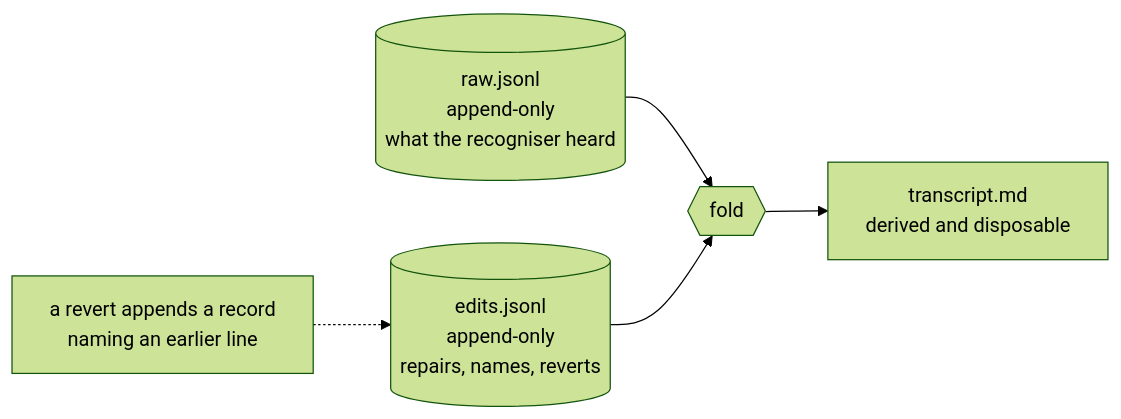
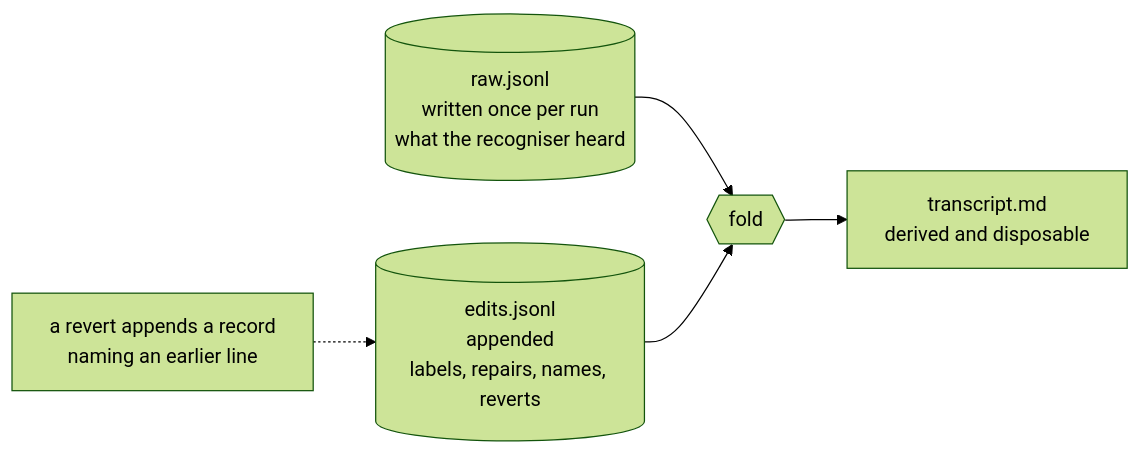
The diagram in docs/developing/sessions.md (jasonm4130-labs/ambient), drawn with Mermaid (forest theme) before and after one commit. The commit also changed other lines of this file and 15 other files, not shown here.

````diff
--- a/docs/developing/sessions.md
+++ b/docs/developing/sessions.md
@@ -64,13 +64,13 @@
 ```mermaid
 flowchart LR
-    raw[("raw.jsonl<br/>append-only<br/>what the recogniser heard")]
-    edits[("edits.jsonl<br/>append-only<br/>repairs, names, reverts")]
+    raw[("raw.jsonl<br/>written once per run<br/>what the recogniser heard")]
+    edits[("edits.jsonl<br/>appended<br/>labels, repairs, names, reverts")]
     fold{{fold}}
     md["transcript.md<br/>derived and disposable"]
 
     raw --> fold
     edits --> fold
     fold --> md
 
     revert["a revert appends a record<br/>naming an earlier line"] -.-> edits
 ```
````
